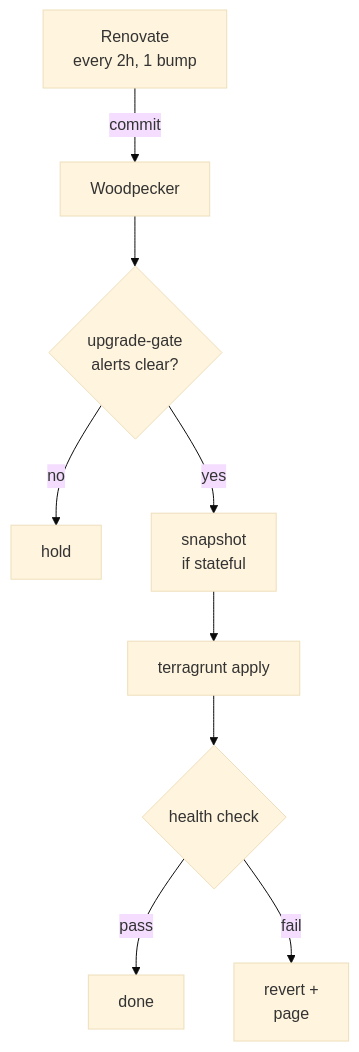
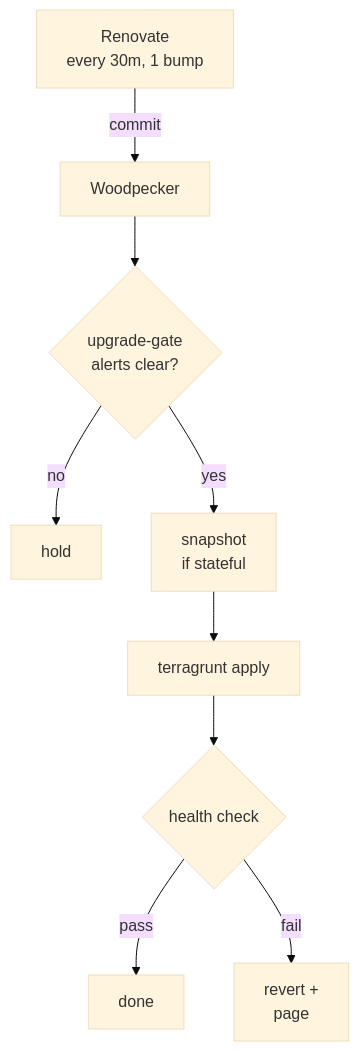
The first of 2 diagrams in docs/plans/2026-10-09-software-currency-design.md (ViktorBarzin/infra), drawn with Mermaid (base theme) before and after one commit. The commit also changed other lines of this file and 1 other file, not shown here.

First line of the commit message:
docs: software-currency design retires Keel; Renovate owns every third-party version

````diff
--- a/docs/plans/2026-10-09-software-currency-design.md
+++ b/docs/plans/2026-10-09-software-currency-design.md
@@ -61,11 +61,11 @@
 ```mermaid
 flowchart TD
-  R[Renovate<br/>every 2h, 1 bump] -->|commit| W[Woodpecker]
+  R[Renovate<br/>every 30m, 1 bump] -->|commit| W[Woodpecker]
   W --> G{upgrade-gate<br/>alerts clear?}
   G -->|no| H[hold]
   G -->|yes| S[snapshot<br/>if stateful]
   S --> A[terragrunt apply]
   A --> V{health check}
   V -->|pass| OK[done]
   V -->|fail| RV[revert +<br/>page]
 ```
````
